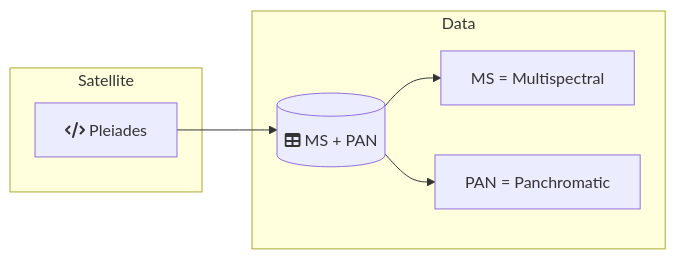
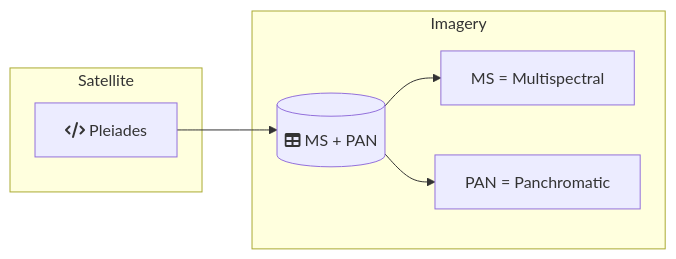
The third of 3 diagrams in README.md (DippoldEJ/Satellite-Datasets), drawn with Mermaid before and after one commit.

````diff
--- a/README.md
+++ b/README.md
@@ -32,18 +32,18 @@
 ```mermaid
 flowchart LR;
 
 subgraph Satellite
     s[fa:fa-code Pleiades]
     end
 
- subgraph Data
+ subgraph Imagery
         db[(fa:fa-table MS + PAN)]
         m[MS = Multispectral]
         p[PAN = Panchromatic]
     end
 
     s-->db
     db-->m
     db-->p
 
 ```
````
